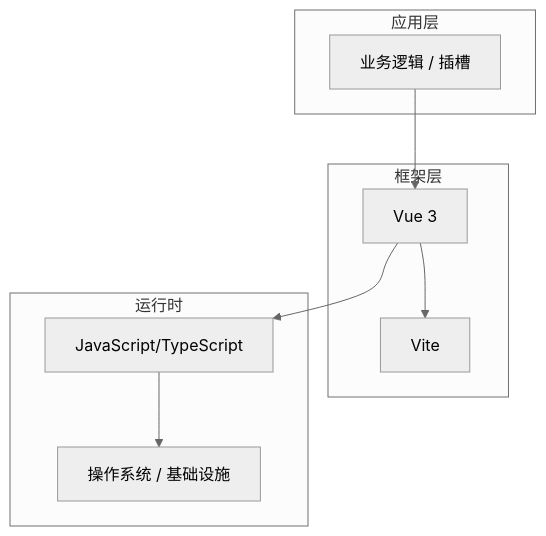
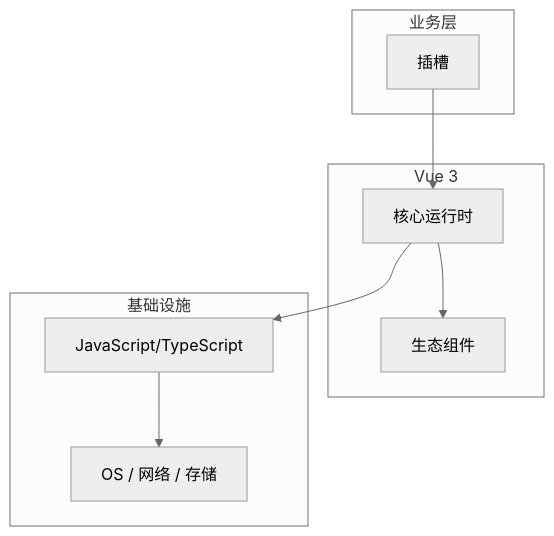
The diagram in articles/Vue/chapters/078-插槽核心概念与原理.md (yanggan2015/knowledge-json-v2), drawn with Mermaid (neutral theme) before and after one commit. The commit also changed other lines of this file and 10127 other files, not shown here.

````diff
--- a/articles/Vue/chapters/078-插槽核心概念与原理.md
+++ b/articles/Vue/chapters/078-插槽核心概念与原理.md
@@ -45,18 +34,18 @@
 ```mermaid
 graph TB
-    subgraph 应用层
-        A[业务逻辑 / 插槽]
+    subgraph 业务层
+        A[插槽]
     end
-    subgraph 框架层
-        B[Vue 3]
-        C[Vite]
+    subgraph Vue 3
+        B[核心运行时]
+        C[生态组件]
     end
-    subgraph 运行时
+    subgraph 基础设施
         D[JavaScript/TypeScript]
-        E[操作系统 / 基础设施]
+        E[OS / 网络 / 存储]
     end
     A --> B
     B --> C
     B --> D
     D --> E
 ```
````
